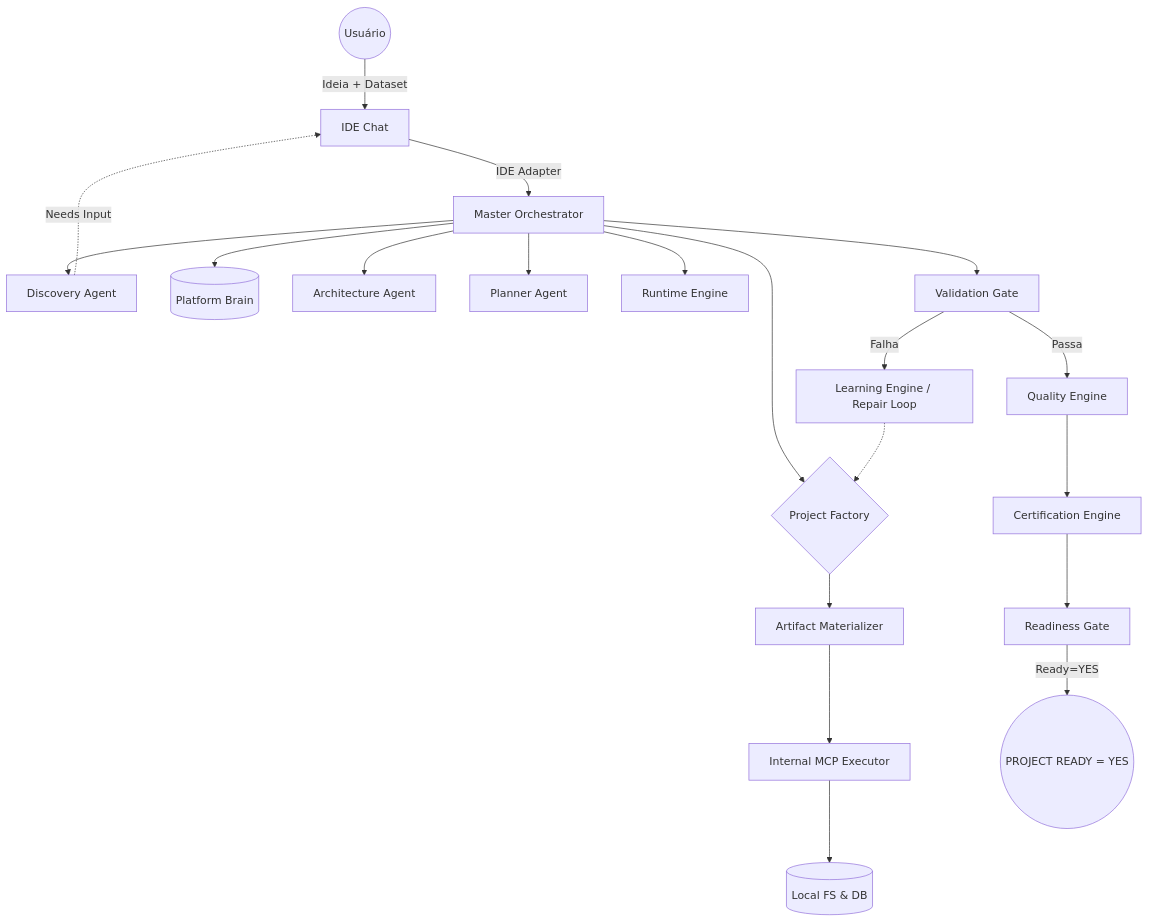
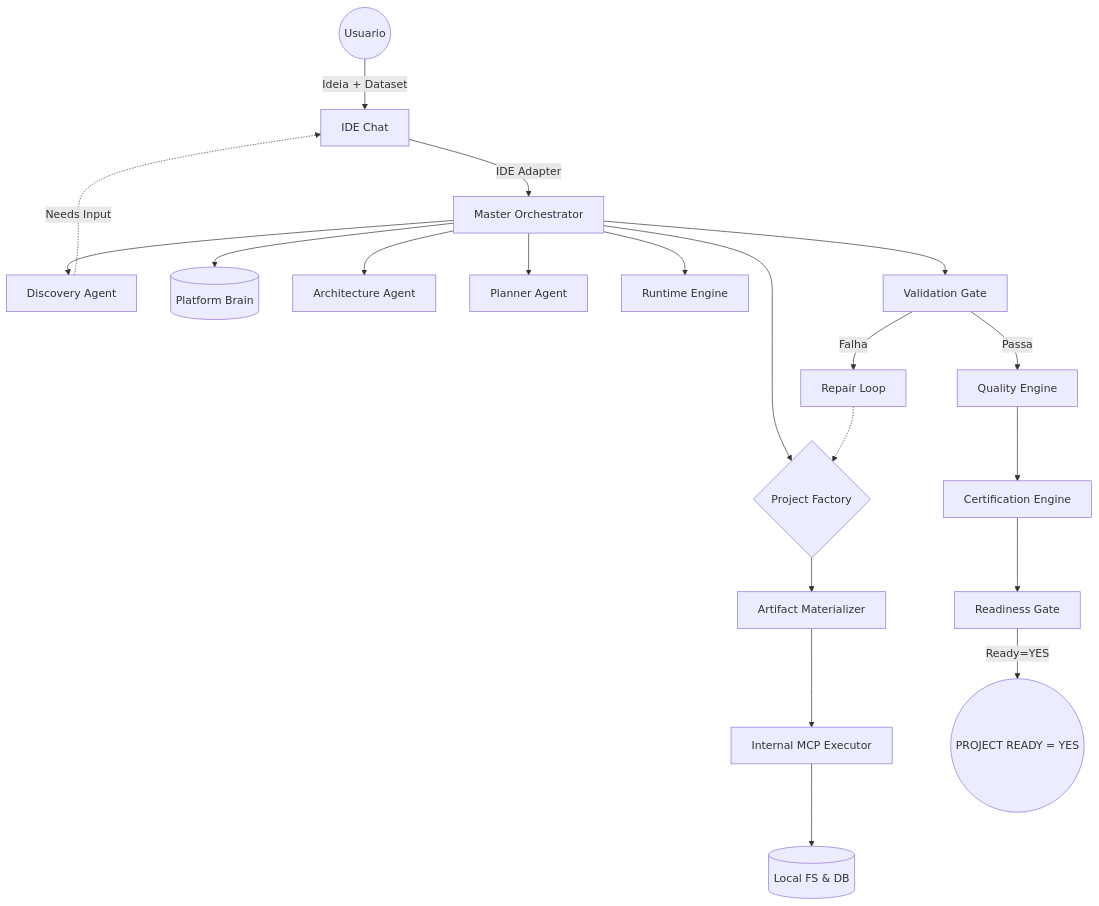
Before and after one commit to MayaraLonguinho/analytics_agents_factory: the diagram in README.md, drawn with Mermaid. The commit also changed other lines of this file and 111 other files, not shown here.

````diff
--- a/README.md
+++ b/README.md
@@ -25,22 +27,22 @@
 ```mermaid
 graph TD;
-    User((Usuário)) -->|Ideia + Dataset| IDE[IDE Chat];
+    User((Usuario)) -->|Ideia + Dataset| IDE[IDE Chat];
     IDE -->|IDE Adapter| Master[Master Orchestrator];
     Master --> DA[Discovery Agent];
     DA -.->|Needs Input| IDE;
     Master --> Brain[(Platform Brain)];
     Master --> AA[Architecture Agent];
     Master --> PA[Planner Agent];
     Master --> Factory{Project Factory};
     Factory --> MAT[Artifact Materializer];
     MAT --> MCP[Internal MCP Executor];
     MCP --> Disk[(Local FS & DB)];
     Master --> RE[Runtime Engine];
     Master --> VG[Validation Gate];
-    VG -->|Falha| Learning[Learning Engine / Repair Loop];
+    VG -->|Falha| Learning[Repair Loop];
     Learning -.-> Factory;
     VG -->|Passa| QE[Quality Engine];
     QE --> Cert[Certification Engine];
     Cert --> RG[Readiness Gate];
     RG -->|Ready=YES| Fim((PROJECT READY = YES));
 ```
````
